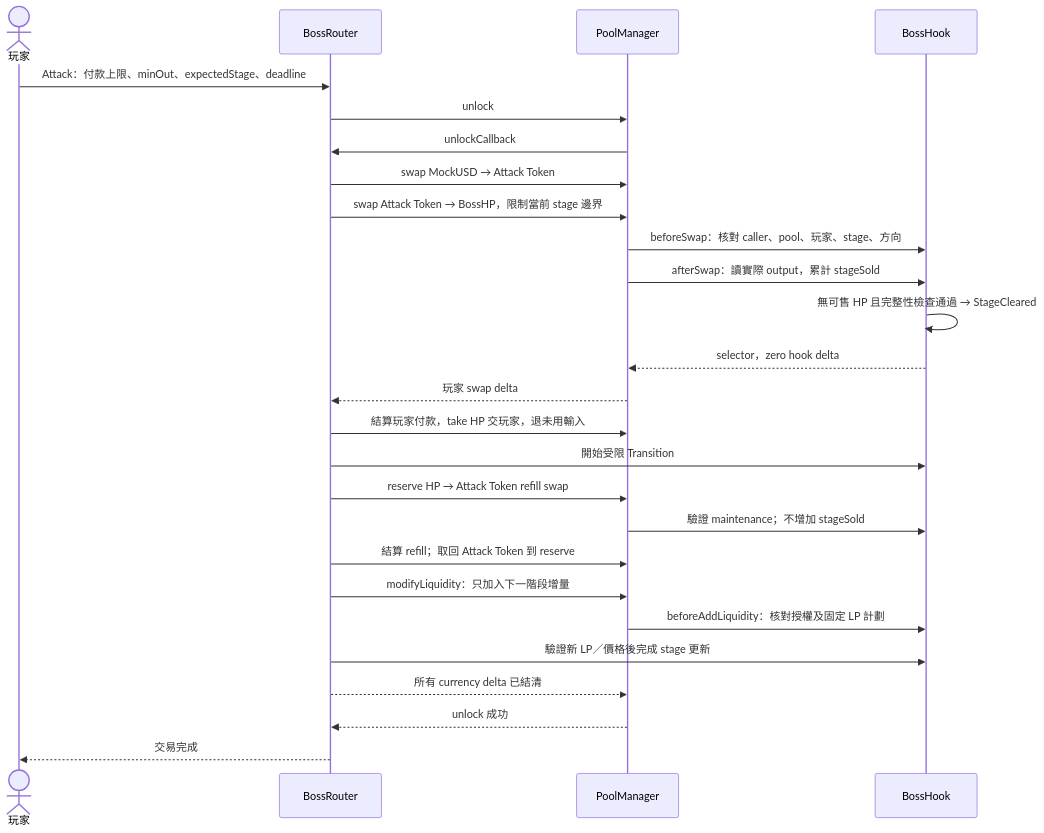
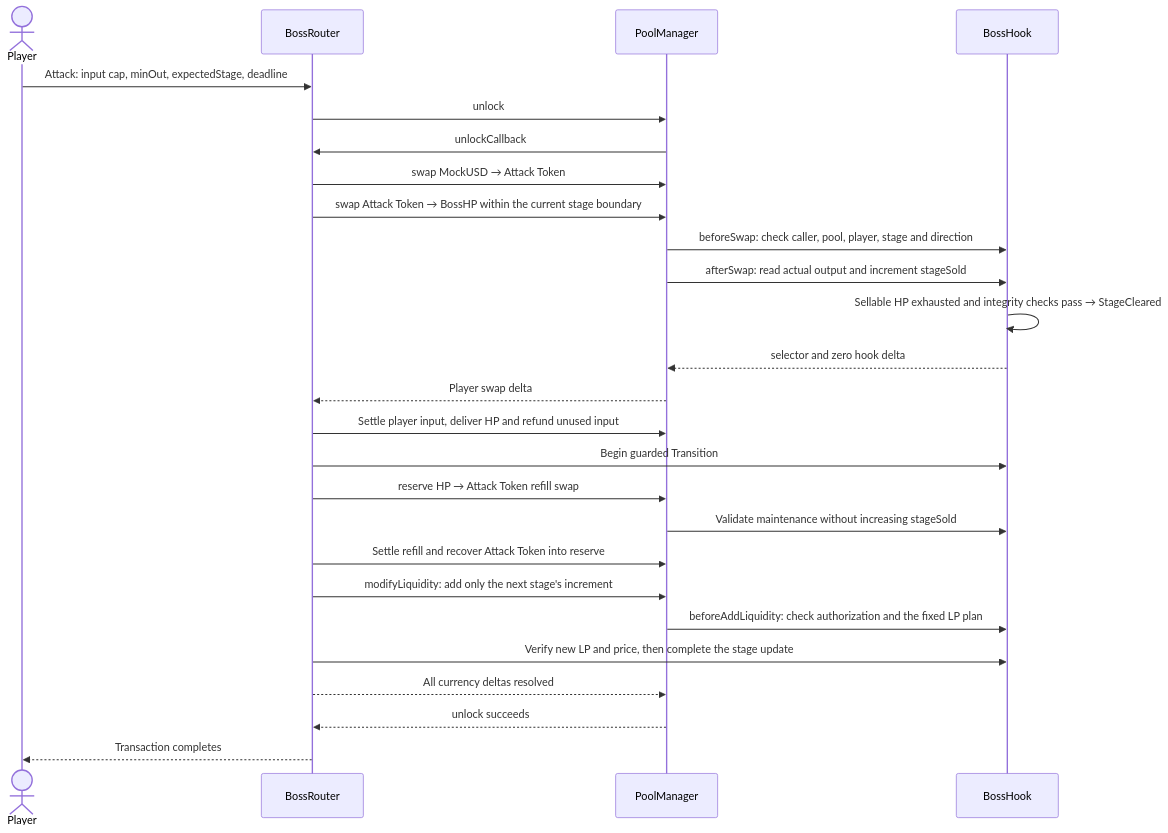
One commit to 0xroylee/eth-global-2026-tokyo changed the fourth of 5 diagrams in docs/contract-game-diagrams.md. Above: the diagram before and after it, drawn with Mermaid. The commit also changed other lines of this file and 1 other file, not shown here.

````diff
--- a/docs/contract-game-diagrams.md
+++ b/docs/contract-game-diagrams.md
@@ -66,28 +66,28 @@
 ```mermaid
 sequenceDiagram
-    actor W as 玩家
+    actor W as Player
     participant R as BossRouter
     participant PM as PoolManager
     participant H as BossHook
-    W->>R: Attack：付款上限、minOut、expectedStage、deadline
+    W->>R: Attack: input cap, minOut, expectedStage, deadline
     R->>PM: unlock
     PM->>R: unlockCallback
     R->>PM: swap MockUSD → Attack Token
-    R->>PM: swap Attack Token → BossHP，限制當前 stage 邊界
-    PM->>H: beforeSwap：核對 caller、pool、玩家、stage、方向
-    PM->>H: afterSwap：讀實際 output，累計 stageSold
-    H->>H: 無可售 HP 且完整性檢查通過 → StageCleared
-    H-->>PM: selector，zero hook delta
-    PM-->>R: 玩家 swap delta
-    R->>PM: 結算玩家付款，take HP 交玩家，退未用輸入
-    R->>H: 開始受限 Transition
+    R->>PM: swap Attack Token → BossHP within the current stage boundary
+    PM->>H: beforeSwap: check caller, pool, player, stage and direction
+    PM->>H: afterSwap: read actual output and increment stageSold
+    H->>H: Sellable HP exhausted and integrity checks pass → StageCleared
+    H-->>PM: selector and zero hook delta
+    PM-->>R: Player swap delta
+    R->>PM: Settle player input, deliver HP and refund unused input
+    R->>H: Begin guarded Transition
     R->>PM: reserve HP → Attack Token refill swap
-    PM->>H: 驗證 maintenance；不增加 stageSold
-    R->>PM: 結算 refill；取回 Attack Token 到 reserve
-    R->>PM: modifyLiquidity：只加入下一階段增量
-    PM->>H: beforeAddLiquidity：核對授權及固定 LP 計劃
-    R->>H: 驗證新 LP／價格後完成 stage 更新
-    R-->>PM: 所有 currency delta 已結清
-    PM-->>R: unlock 成功
-    R-->>W: 交易完成
+    PM->>H: Validate maintenance without increasing stageSold
+    R->>PM: Settle refill and recover Attack Token into reserve
+    R->>PM: modifyLiquidity: add only the next stage's increment
+    PM->>H: beforeAddLiquidity: check authorization and the fixed LP plan
+    R->>H: Verify new LP and price, then complete the stage update
+    R-->>PM: All currency deltas resolved
+    PM-->>R: unlock succeeds
+    R-->>W: Transaction completes
 ```
````
